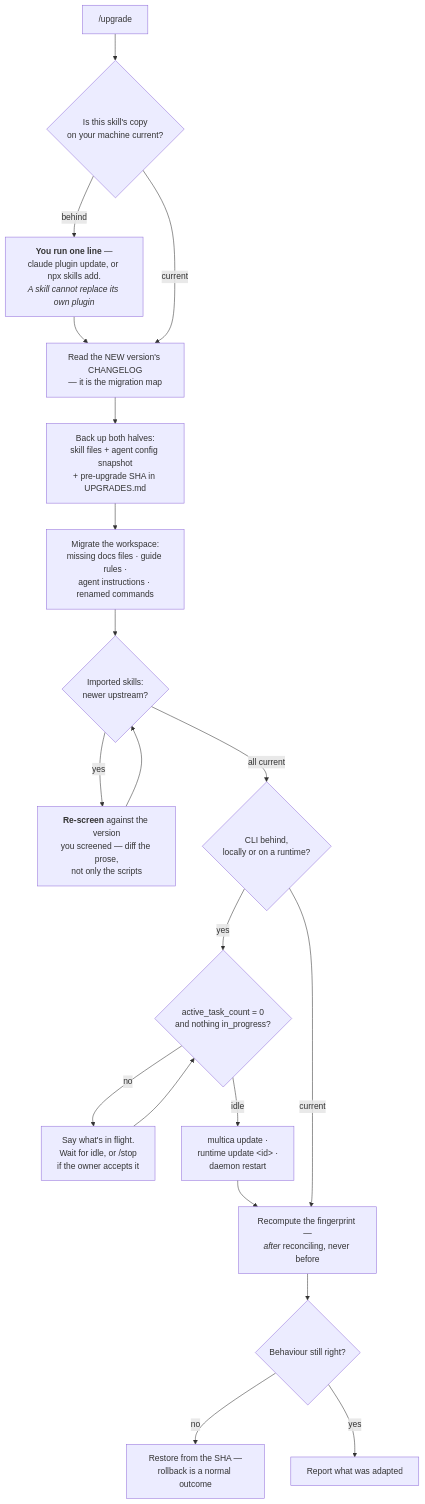
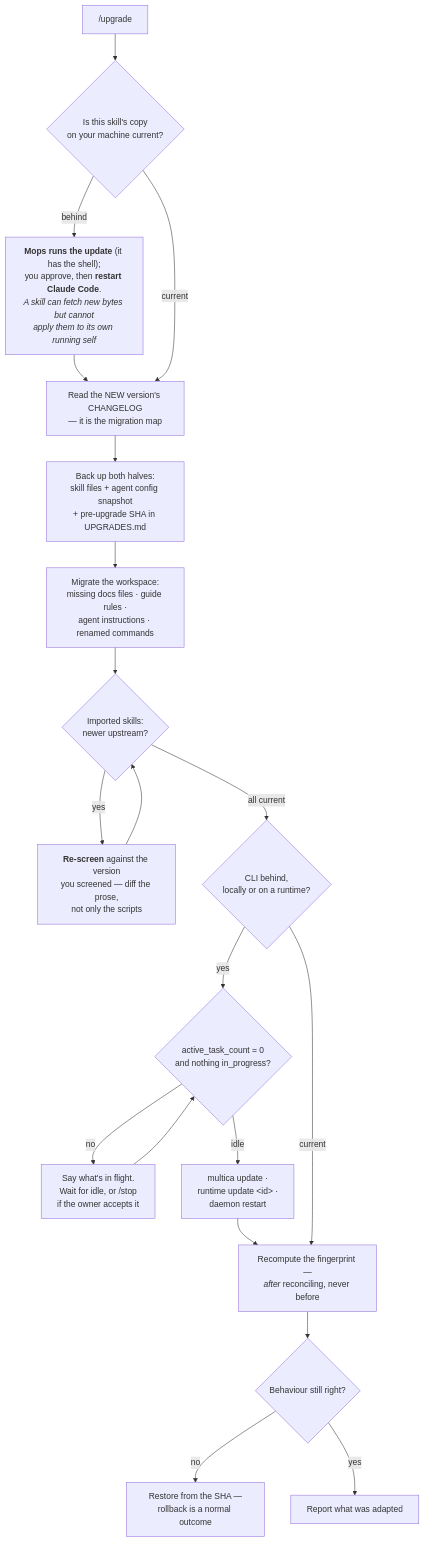
The seventh of 8 diagrams in WORKFLOW.md (jamillazarev/multica-ops), drawn with Mermaid before and after one commit. The commit also changed other lines of this file and 22 other files, not shown here.

````diff
--- a/WORKFLOW.md
+++ b/WORKFLOW.md
@@ -121,22 +122,22 @@
 ```mermaid
 flowchart TD
     GO["/upgrade"] --> L1{"Is this skill's copy<br/>on your machine current?"}
-    L1 -->|"behind"| YOU["<b>You run one line</b> —<br/>claude plugin update, or npx skills add.<br/><i>A skill cannot replace its own plugin</i>"]
+    L1 -->|"behind"| YOU["<b>Mops runs the update</b> (it has the shell);<br/>you approve, then <b>restart Claude Code</b>.<br/><i>A skill can fetch new bytes but cannot<br/>apply them to its own running self</i>"]
     YOU --> L2
     L1 -->|"current"| L2["Read the NEW version's CHANGELOG<br/>— it is the migration map"]
     L2 --> BK["Back up both halves:<br/>skill files + agent config snapshot<br/>+ pre-upgrade SHA in UPGRADES.md"]
     BK --> WS["Migrate the workspace:<br/>missing docs files · guide rules ·<br/>agent instructions · renamed commands"]
     WS --> SK{"Imported skills:<br/>newer upstream?"}
     SK -->|"yes"| SCR["<b>Re-screen</b> against the version<br/>you screened — diff the prose,<br/>not only the scripts"]
     SCR --> SK
     SK -->|"all current"| CLI{"CLI behind,<br/>locally or on a runtime?"}
     CLI -->|"yes"| IDLE{"active_task_count = 0<br/>and nothing in_progress?"}
     IDLE -->|"no"| WAIT["Say what's in flight.<br/>Wait for idle, or /stop<br/>if the owner accepts it"]
     WAIT --> IDLE
     IDLE -->|"idle"| UPD["multica update ·<br/>runtime update &lt;id&gt; ·<br/>daemon restart"]
     UPD --> FP
     CLI -->|"current"| FP["Recompute the fingerprint —<br/><i>after</i> reconciling, never before"]
     FP --> VER{"Behaviour still right?"}
     VER -->|"no"| RB["Restore from the SHA —<br/>rollback is a normal outcome"]
     VER -->|"yes"| DONE["Report what was adapted"]
 ```
````
